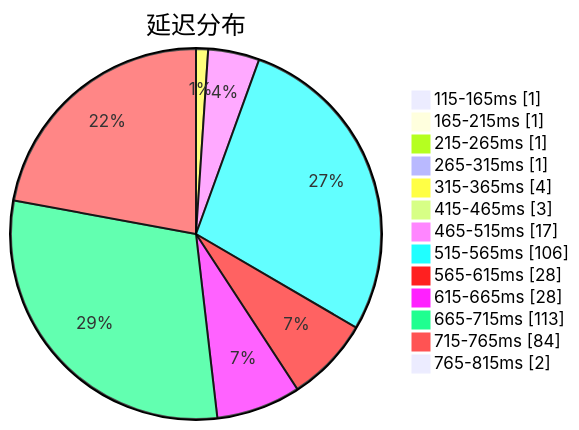
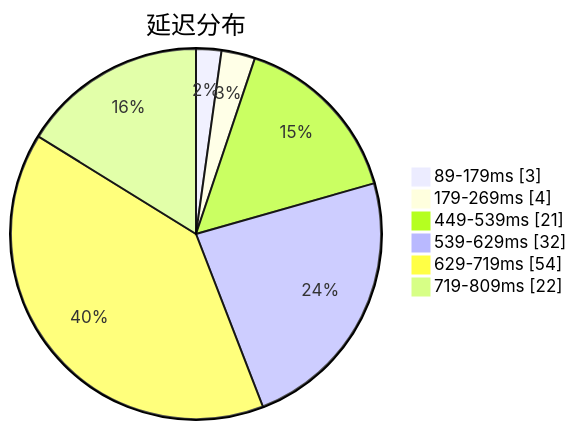
The first of 3 diagrams in subs/statistics/tested_within.md (sinspired/airport), drawn with Mermaid before and after one commit. The commit also changed other lines of this file and 2 other files, not shown here.

````diff
--- a/subs/statistics/tested_within.md
+++ b/subs/statistics/tested_within.md
@@ -2,17 +2,10 @@
 ```mermaid
 pie showData
 title 延迟分布
-"115-165ms" : 1
-"165-215ms" : 1
-"215-265ms" : 1
-"265-315ms" : 1
-"315-365ms" : 4
-"415-465ms" : 3
-"465-515ms" : 17
-"515-565ms" : 106
-"565-615ms" : 28
-"615-665ms" : 28
-"665-715ms" : 113
-"715-765ms" : 84
-"765-815ms" : 2
+"89-179ms" : 3
+"179-269ms" : 4
+"449-539ms" : 21
+"539-629ms" : 32
+"629-719ms" : 54
+"719-809ms" : 22
 ```
````
